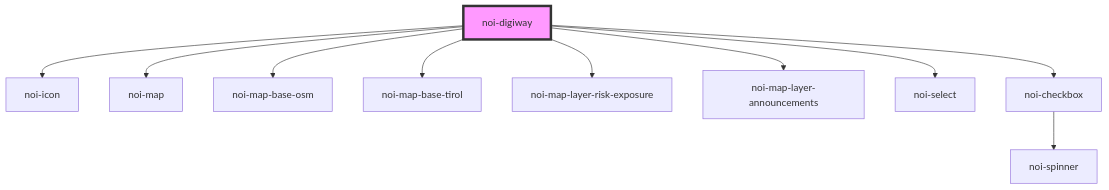
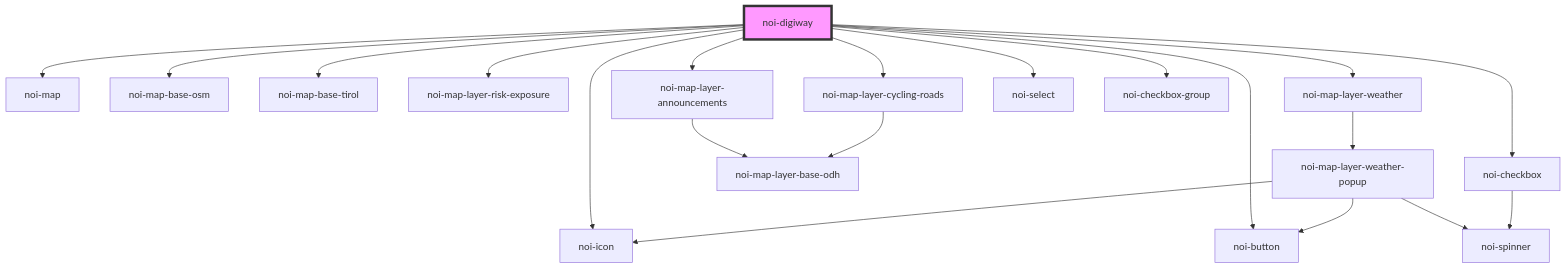
Before and after one commit to MaxXx1313/webcomp-digiway: the diagram in src/public-components/digiway/readme.md, drawn with Mermaid. The commit also changed other lines of this file and 12 other files, not shown here.

````diff
--- a/src/public-components/digiway/readme.md
+++ b/src/public-components/digiway/readme.md
@@ -66,13 +74,23 @@
 ```mermaid
 graph TD;
   noi-digiway --> noi-icon
   noi-digiway --> noi-map
   noi-digiway --> noi-map-base-osm
   noi-digiway --> noi-map-base-tirol
   noi-digiway --> noi-map-layer-risk-exposure
   noi-digiway --> noi-map-layer-announcements
+  noi-digiway --> noi-map-layer-cycling-roads
+  noi-digiway --> noi-map-layer-weather
   noi-digiway --> noi-select
   noi-digiway --> noi-checkbox
+  noi-digiway --> noi-checkbox-group
+  noi-digiway --> noi-button
+  noi-map-layer-announcements --> noi-map-layer-base-odh
+  noi-map-layer-cycling-roads --> noi-map-layer-base-odh
+  noi-map-layer-weather --> noi-map-layer-weather-popup
+  noi-map-layer-weather-popup --> noi-icon
+  noi-map-layer-weather-popup --> noi-button
+  noi-map-layer-weather-popup --> noi-spinner
   noi-checkbox --> noi-spinner
   style noi-digiway fill:#f9f,stroke:#333,stroke-width:4px
 ```
````
